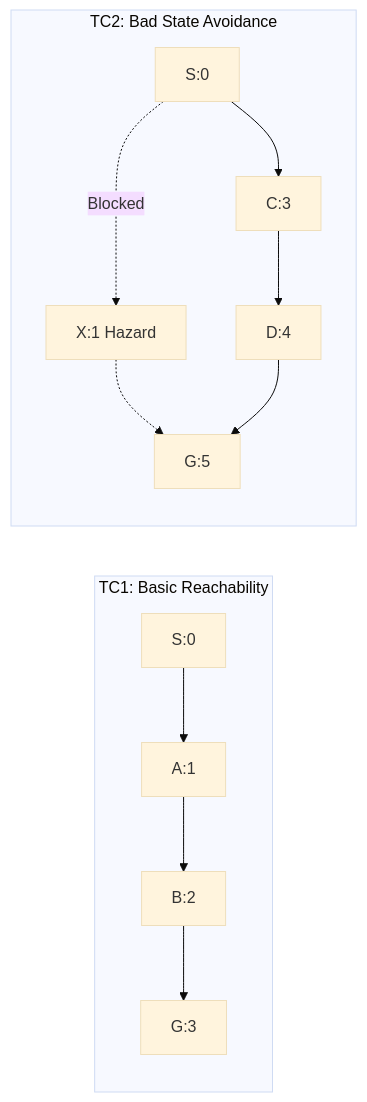
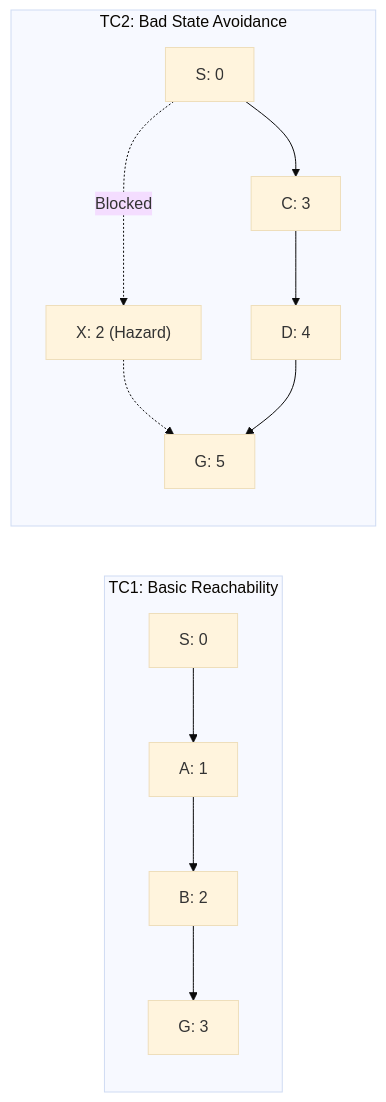
The diagram in docs/EXPERIMENTAL_RESULTS.md (gabsgj/Safe-Semantic-Planner), drawn with Mermaid (base theme) before and after one commit. The commit also changed other lines of this file and 11 other files, not shown here.

````diff
--- a/docs/EXPERIMENTAL_RESULTS.md
+++ b/docs/EXPERIMENTAL_RESULTS.md
@@ -28,10 +28,10 @@
 ```mermaid
 graph LR
     subgraph TC1: Basic Reachability
-        S1[S:0] --> A1[A:1] --> B1[B:2] --> G1[G:3]
+        S1["S: 0"] --> A1["A: 1"] --> B1["B: 2"] --> G1["G: 3"]
     end
     subgraph TC2: Bad State Avoidance
-        S2[S:0] -. Blocked .-> X2[X:1 Hazard] -.-> G2[G:5]
-        S2 --> C2[C:3] --> D2[D:4] --> G2
+        S2["S: 0"] -. Blocked .-> X2["X: 2 (Hazard)"] -.-> G2["G: 5"]
+        S2 --> C2["C: 3"] --> D2["D: 4"] --> G2
     end
 ```
````
